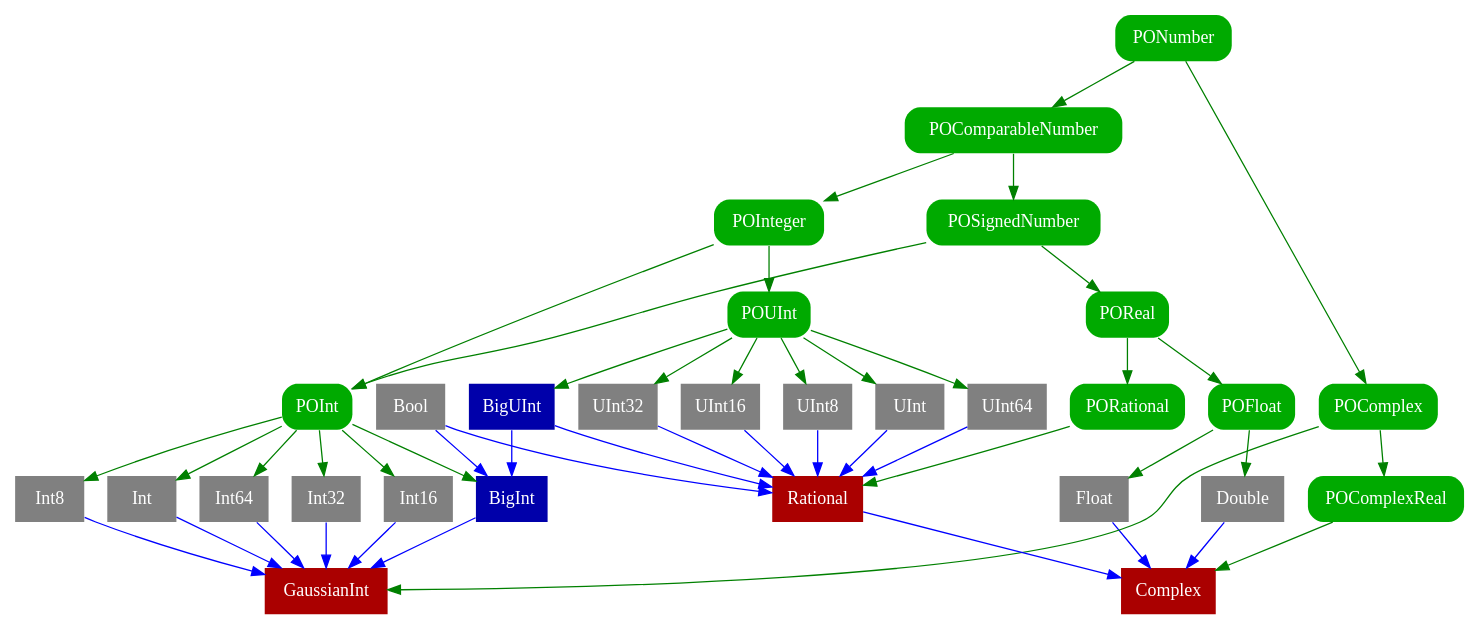
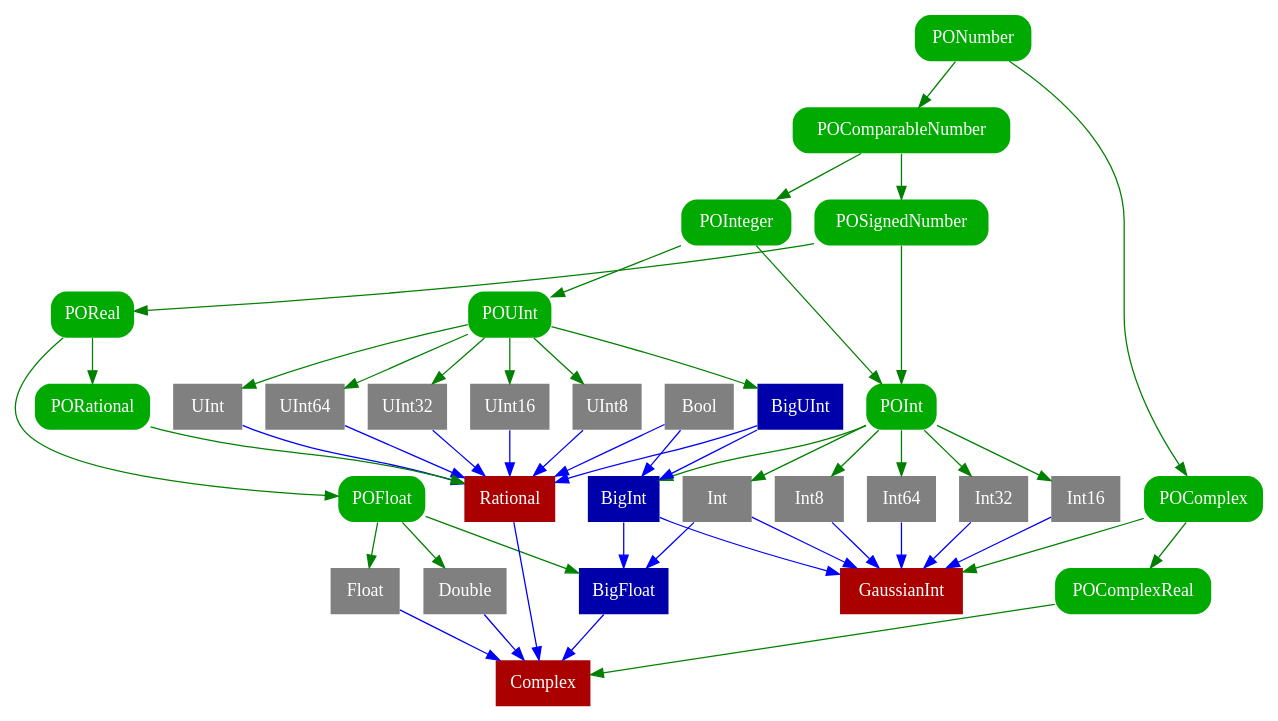
One commit to dankogai/swift2-pons changed the diagram in graph/typetree.dot. Above: the diagram before and after it, drawn with Graphviz. The commit also changed 2 other files, not shown here.

Commit message:
update graph

```diff
--- a/graph/typetree.dot
+++ b/graph/typetree.dot
@@ -1,71 +1,75 @@
 digraph typetree {
   node [
     shape = box
     style = "filled, rounded"
     peripheries = 0
     fontname = "San Francisco"
     fontcolor = white
     fillcolor = "#aaaaaa"
   ]
   edge [
      color = green
   ]
   node [ fillcolor = gray style = "filled"]
   Bool
   Int64 Int32 Int16 Int8 Int UInt64 UInt32 UInt16 UInt8 UInt
   Double Float
   node [ fillcolor = "#00aa00" style = "filled, rounded"]
   PONumber POComparableNumber POSignedNumber POInteger
   POUInt POInt POReal POFloat POComplex POComplexReal PORational
   node [ fillcolor = "#0000aa" style="filled"]
-  BigUInt BigInt
+  BigUInt BigInt BigFloat
   node [ fillcolor = "#aa0000" style="filled"]
-  GaussianInt Complex Rational 
+  GaussianInt Complex Rational
 
+  BigFloat -> Complex  [ color = blue ]
+  BigInt -> BigFloat [ color = blue ]
+  BigInt -> GaussianInt [ color = blue ]
+  BigUInt -> BigInt [ color = blue ]
+  BigUInt -> Rational [ color = blue ]
   Bool -> BigInt [ color = blue ]
   Bool -> Rational [ color = blue ]
-  BigInt -> GaussianInt [ color = blue ]
-  BigUInt -> Rational [ color = blue ]
-  BigUInt -> BigInt [ color = blue ]
   Double -> Complex  [ color = blue ]
   Float -> Complex  [ color = blue ]
+  Int -> BigFloat [ color = blue ]
   Int -> GaussianInt [ color = blue ]
   Int16 -> GaussianInt [ color = blue ]
   Int32 -> GaussianInt [ color = blue ]
   Int64 -> GaussianInt [ color = blue ]
   Int8 -> GaussianInt [ color = blue ]
   POComparableNumber -> POInteger
   POComparableNumber -> POSignedNumber
   POComplex -> GaussianInt
   POComplex -> POComplexReal
   POComplexReal -> Complex
+  POFloat -> BigFloat
   POFloat -> Double
   POFloat -> Float
   POInt -> BigInt
   POInt -> Int
   POInt -> Int16
   POInt -> Int32
   POInt -> Int64
   POInt -> Int8
   POInteger -> POInt  [ color = green ]
   POInteger -> POUInt
   PONumber -> POComparableNumber
   PONumber -> POComplex
   PORational -> Rational
   POReal -> POFloat
   POReal -> PORational
   POSignedNumber -> POInt
   POSignedNumber -> POReal
   POUInt -> BigUInt
   POUInt -> UInt
   POUInt -> UInt16
   POUInt -> UInt32
   POUInt -> UInt64
   POUInt -> UInt8
   Rational -> Complex [ color = blue ]
   UInt -> Rational [ color = blue ]
   UInt16 -> Rational [ color = blue ]
   UInt32 -> Rational [ color = blue ]
   UInt64 -> Rational [ color = blue ]
   UInt8  -> Rational [ color = blue ]
- }
+}
```
